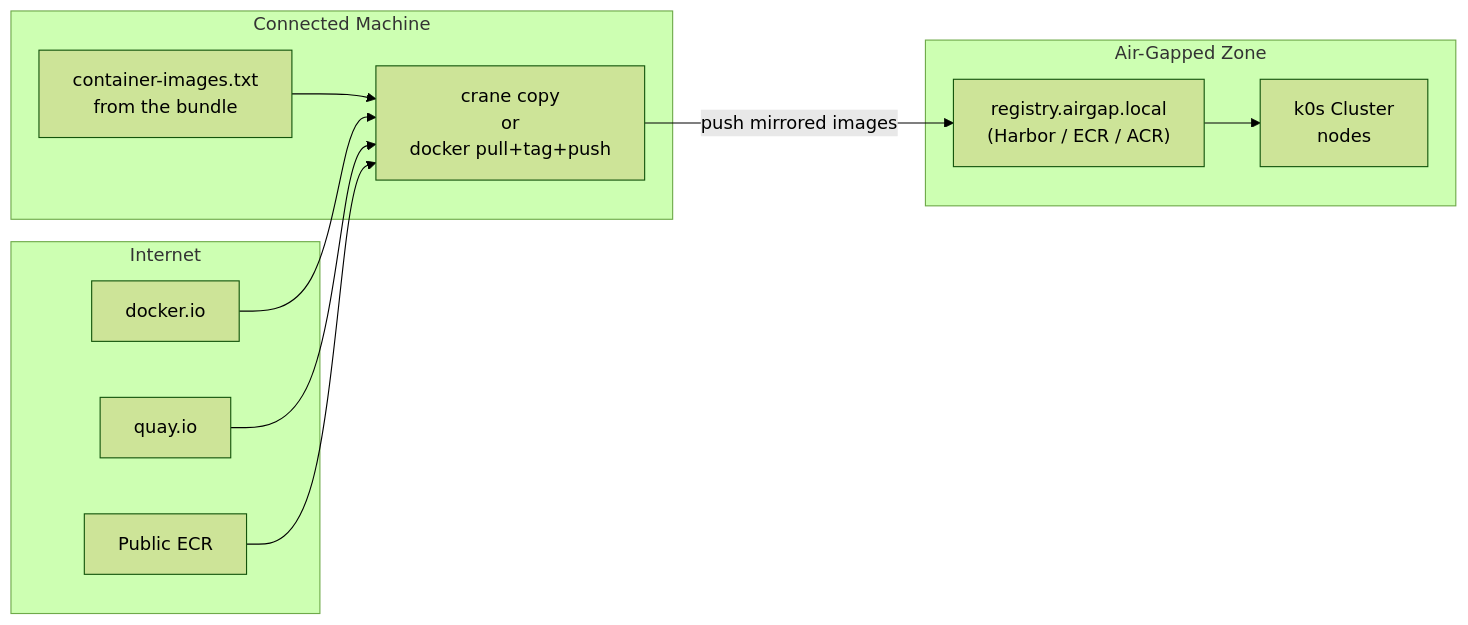
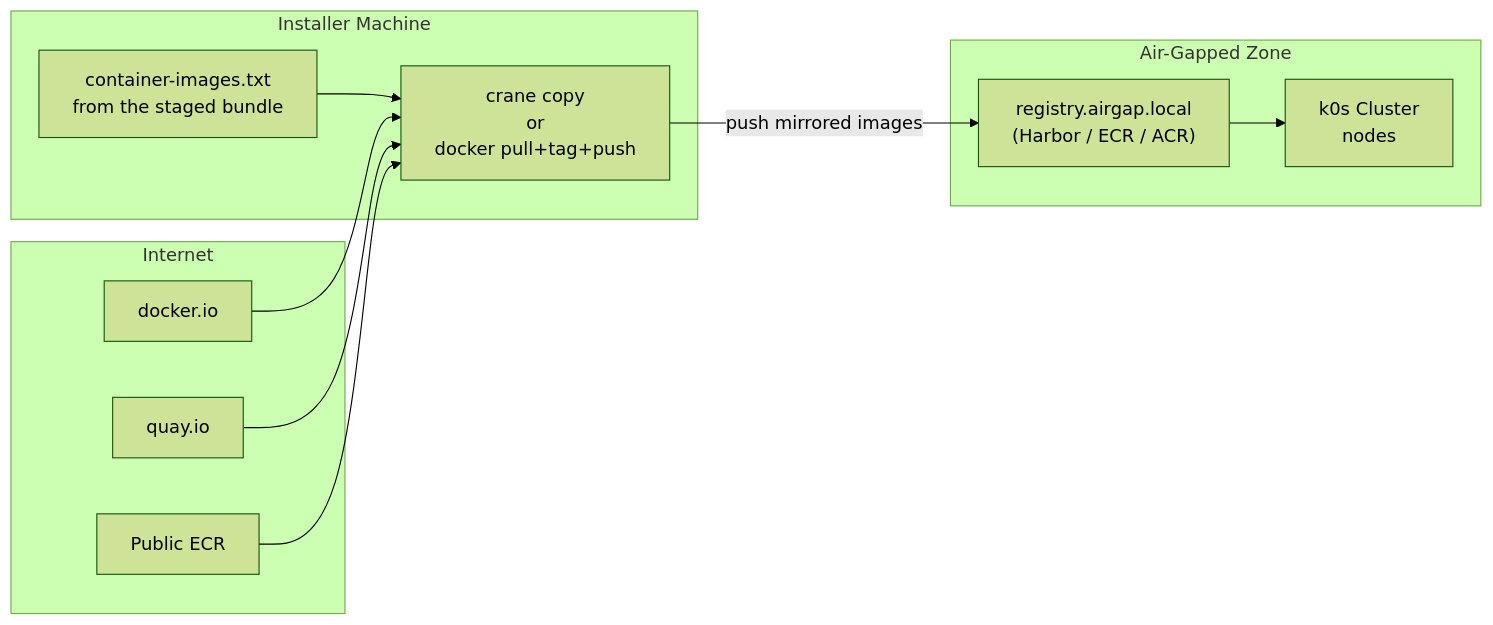
The seventh of 11 diagrams in tools/cluster_setup/DEPLOYMENT_GUIDE.md (splunk/splunk-ai-operator), drawn with Mermaid (forest theme) before and after one commit. The commit also changed other lines of this file and 7 other files, not shown here.

````diff
--- a/tools/cluster_setup/DEPLOYMENT_GUIDE.md
+++ b/tools/cluster_setup/DEPLOYMENT_GUIDE.md
@@ -511,21 +559,21 @@
 ```mermaid
 flowchart LR
-    subgraph CONN["Connected Machine"]
-        LIST["container-images.txt\nfrom the bundle"]
+    subgraph CONN["Installer Machine"]
+        LIST["container-images.txt\nfrom the staged bundle"]
         CRANE["crane copy\nor\ndocker pull+tag+push"]
     end
     subgraph NET["Internet"]
         DOCKERHUB["docker.io"]
         QUAY["quay.io"]
         ECR_PUB["Public ECR"]
     end
     subgraph INTERNAL["Air-Gapped Zone"]
         REGISTRY["registry.airgap.local\n(Harbor / ECR / ACR)"]
         CLUSTER["k0s Cluster\nnodes"]
     end
 
     LIST --> CRANE
     DOCKERHUB & QUAY & ECR_PUB --> CRANE
     CRANE -->|push mirrored images| REGISTRY
     REGISTRY --> CLUSTER
 ```
````
